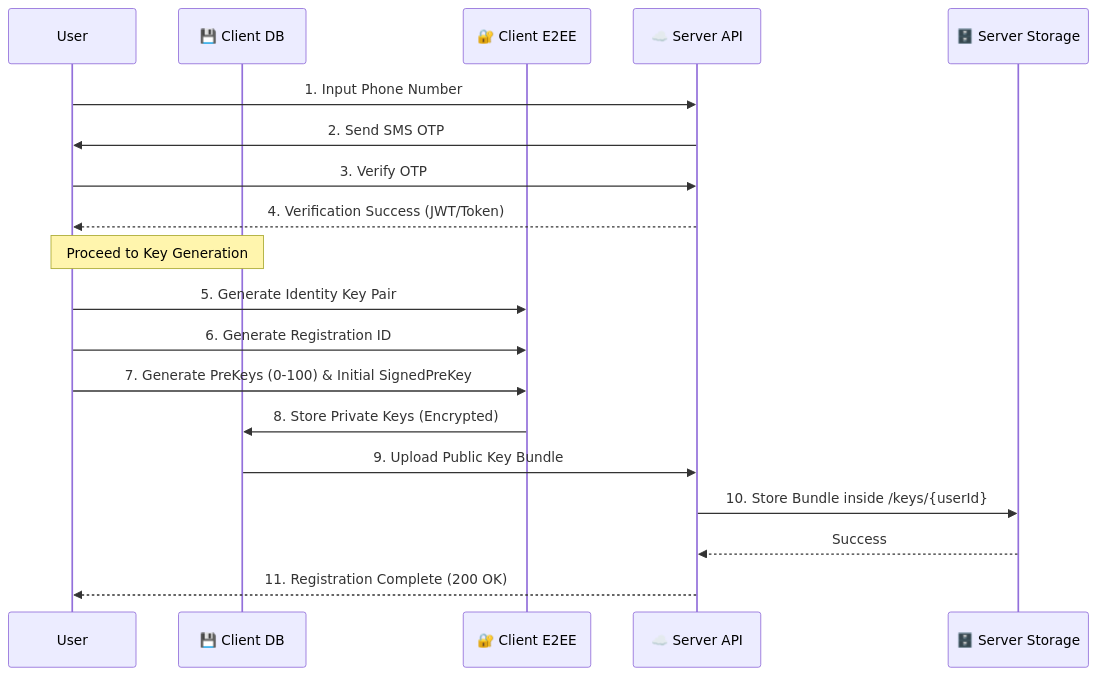
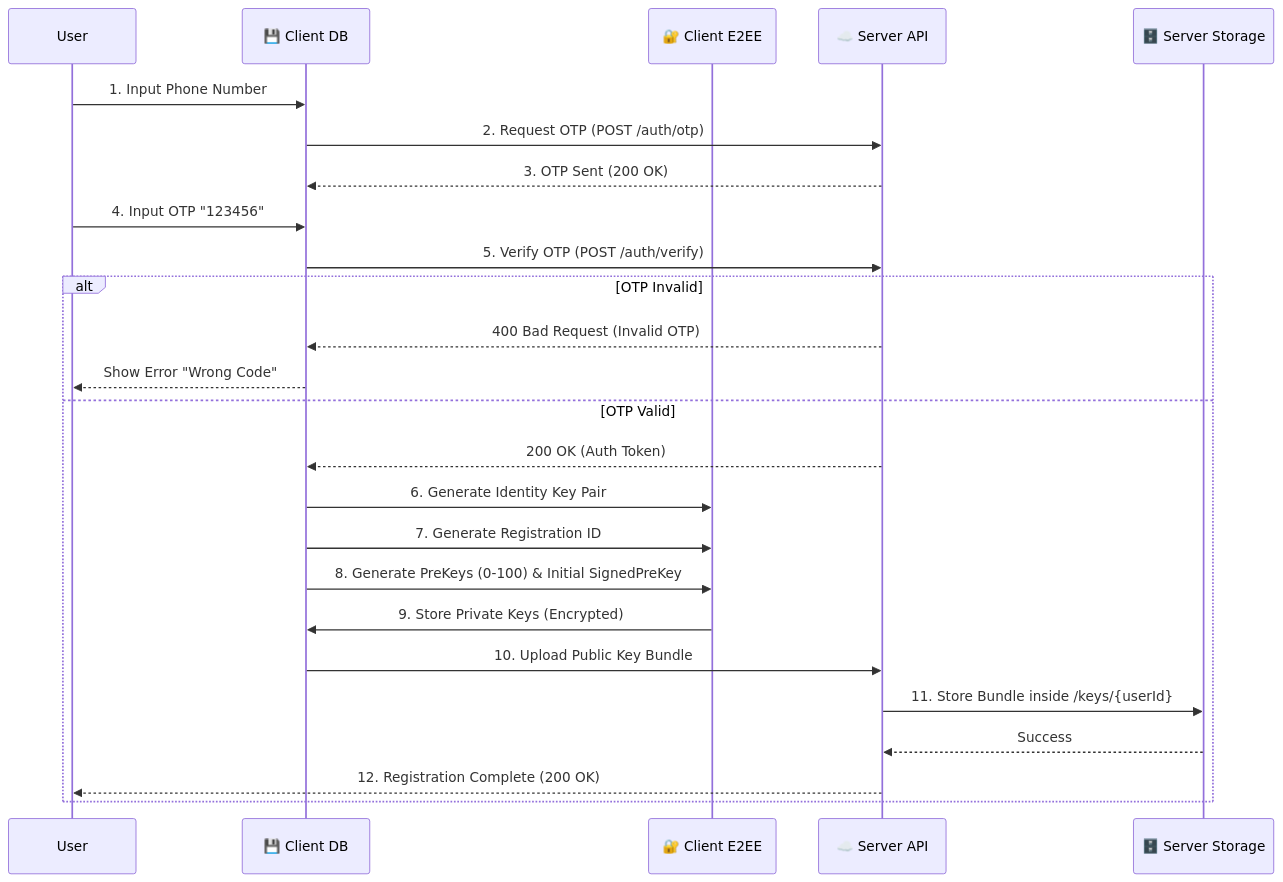
Before and after one commit to pingappduniya-oss/Ping-App-Complete-Use-Case-Flows-Technical-Deep-Dive-: the first of 18 diagrams in CompleteUseCaseFlows.md, drawn with Mermaid. The commit also changed other lines of this file, not shown here.

````diff
--- a/CompleteUseCaseFlows.md
+++ b/CompleteUseCaseFlows.md
@@ -11,25 +18,33 @@
 ```mermaid
 sequenceDiagram
     participant User
     participant CDB as 💾 Client DB
     participant E2EE as 🔐 Client E2EE
     participant Server as ☁️ Server API
     participant SS as 🗄️ Server Storage
 
-    User->>Server: 1. Input Phone Number
-    Server->>User: 2. Send SMS OTP
-    User->>Server: 3. Verify OTP
-    Server-->>User: 4. Verification Success (JWT/Token)
-
-    Note over User, CDB: Proceed to Key Generation
-    User->>E2EE: 5. Generate Identity Key Pair
-    User->>E2EE: 6. Generate Registration ID
-    User->>E2EE: 7. Generate PreKeys (0-100) & Initial SignedPreKey
+    User->>CDB: 1. Input Phone Number
+    CDB->>Server: 2. Request OTP (POST /auth/otp)
+    Server-->>CDB: 3. OTP Sent (200 OK)
     
-    E2EE->>CDB: 8. Store Private Keys (Encrypted)
+    User->>CDB: 4. Input OTP "123456"
+    CDB->>Server: 5. Verify OTP (POST /auth/verify)
     
-    CDB->>Server: 9. Upload Public Key Bundle
-    Server->>SS: 10. Store Bundle inside /keys/{userId}
-    SS-->>Server: Success
-    Server-->>User: 11. Registration Complete (200 OK)
+    alt OTP Invalid
+        Server-->>CDB: 400 Bad Request (Invalid OTP)
+        CDB-->>User: Show Error "Wrong Code"
+    else OTP Valid
+        Server-->>CDB: 200 OK (Auth Token)
+        
+        CDB->>E2EE: 6. Generate Identity Key Pair
+        CDB->>E2EE: 7. Generate Registration ID
+        CDB->>E2EE: 8. Generate PreKeys (0-100) & Initial SignedPreKey
+        
+        E2EE->>CDB: 9. Store Private Keys (Encrypted)
+        
+        CDB->>Server: 10. Upload Public Key Bundle
+        Server->>SS: 11. Store Bundle inside /keys/{userId}
+        SS-->>Server: Success
+        Server-->>User: 12. Registration Complete (200 OK)
+    end
 ```
````
